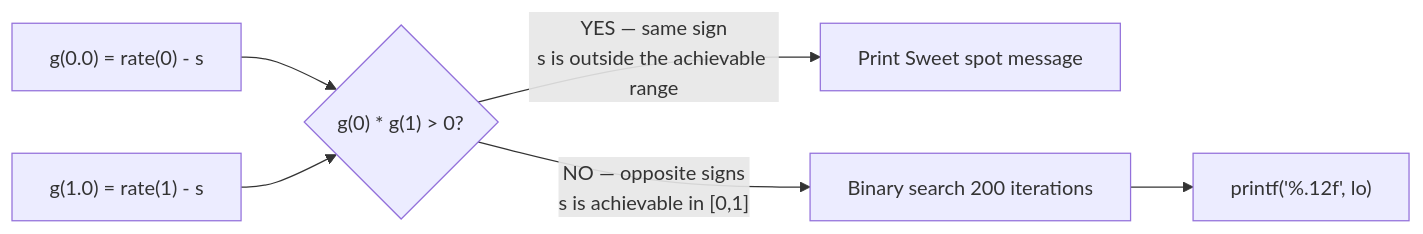
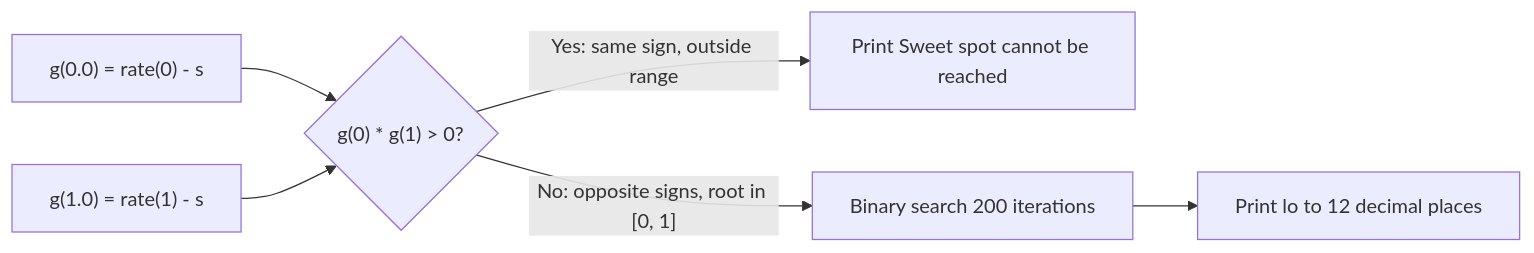
One commit to 2ru17/Project-Engram changed the diagram in content/Main Notes/3rd Year/Term 1/CSALGCM/Module 2 - Divide and Conquer/Problem Sets/[PS] Priestess Arcana Problems/03 - Lets Plant Rice.md. Above: the diagram before and after it, drawn with Mermaid. The commit also changed other lines of this file and 84 other files, not shown here.

````diff
--- a/content/Main Notes/3rd Year/Term 1/CSALGCM/Module 2 - Divide and Conquer/Problem Sets/[PS] Priestess Arcana Problems/03 - Lets Plant Rice.md
+++ b/content/Main Notes/3rd Year/Term 1/CSALGCM/Module 2 - Divide and Conquer/Problem Sets/[PS] Priestess Arcana Problems/03 - Lets Plant Rice.md
@@ -141,8 +185,8 @@
 ```mermaid
 flowchart LR
     G0["g(0.0) = rate(0) - s"] --> Check{"g(0) * g(1) > 0?"}
     G1["g(1.0) = rate(1) - s"] --> Check
-    Check -->|"YES — same sign\ns is outside the achievable range"| Infeasible["Print Sweet spot message"]
-    Check -->|"NO — opposite signs\ns is achievable in [0,1]"| Bisect["Binary search 200 iterations"]
-    Bisect --> Output["printf('%.12f', lo)"]
+    Check -->|"Yes: same sign, outside range"| Infeasible["Print Sweet spot cannot be reached"]
+    Check -->|"No: opposite signs, root in [0, 1]"| Bisect["Binary search 200 iterations"]
+    Bisect --> Output["Print lo to 12 decimal places"]
 ```
````
